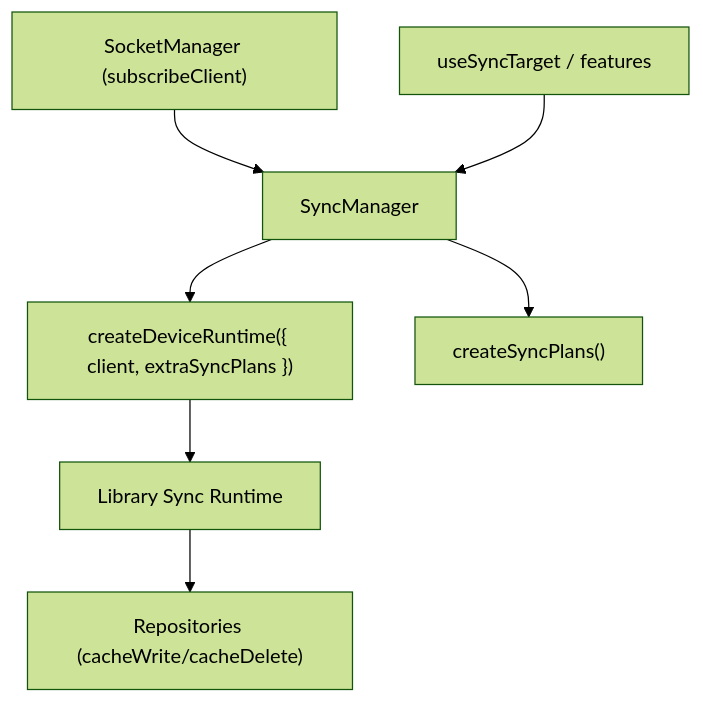
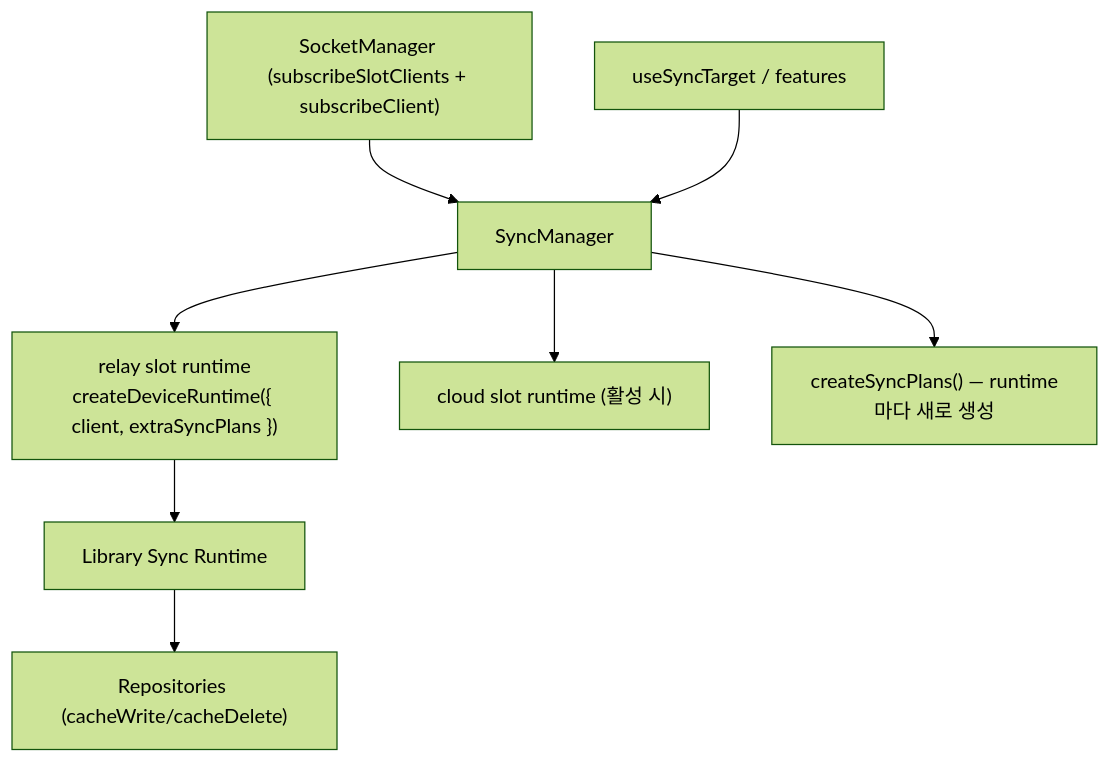
One commit to lemoncloud-io/dou-app changed the diagram in libs/app-runtime/docs/socket/sync/README.md. Above: the diagram before and after it, drawn with Mermaid (forest theme). The commit also changed other lines of this file and 14 other files, not shown here.

````diff
--- a/libs/app-runtime/docs/socket/sync/README.md
+++ b/libs/app-runtime/docs/socket/sync/README.md
@@ -15,9 +15,10 @@
 ```mermaid
 flowchart TD
-  SocketManager["SocketManager (subscribeClient)"] --> SyncManager["SyncManager"]
-  SyncManager --> Runtime["createDeviceRuntime({ client, extraSyncPlans })"]
-  SyncManager --> Plans["createSyncPlans()"]
-  Runtime --> Scheduler["Library Sync Runtime"]
+  SocketManager["SocketManager (subscribeSlotClients + subscribeClient)"] --> SyncManager["SyncManager"]
+  SyncManager --> RelayRT["relay slot runtime<br/>createDeviceRuntime({ client, extraSyncPlans })"]
+  SyncManager --> CloudRT["cloud slot runtime (활성 시)"]
+  SyncManager --> Plans["createSyncPlans() — runtime마다 새로 생성"]
+  RelayRT --> Scheduler["Library Sync Runtime"]
   Scheduler --> Repos["Repositories (cacheWrite/cacheDelete)"]
   UI["useSyncTarget / features"] --> SyncManager
 ```
````
